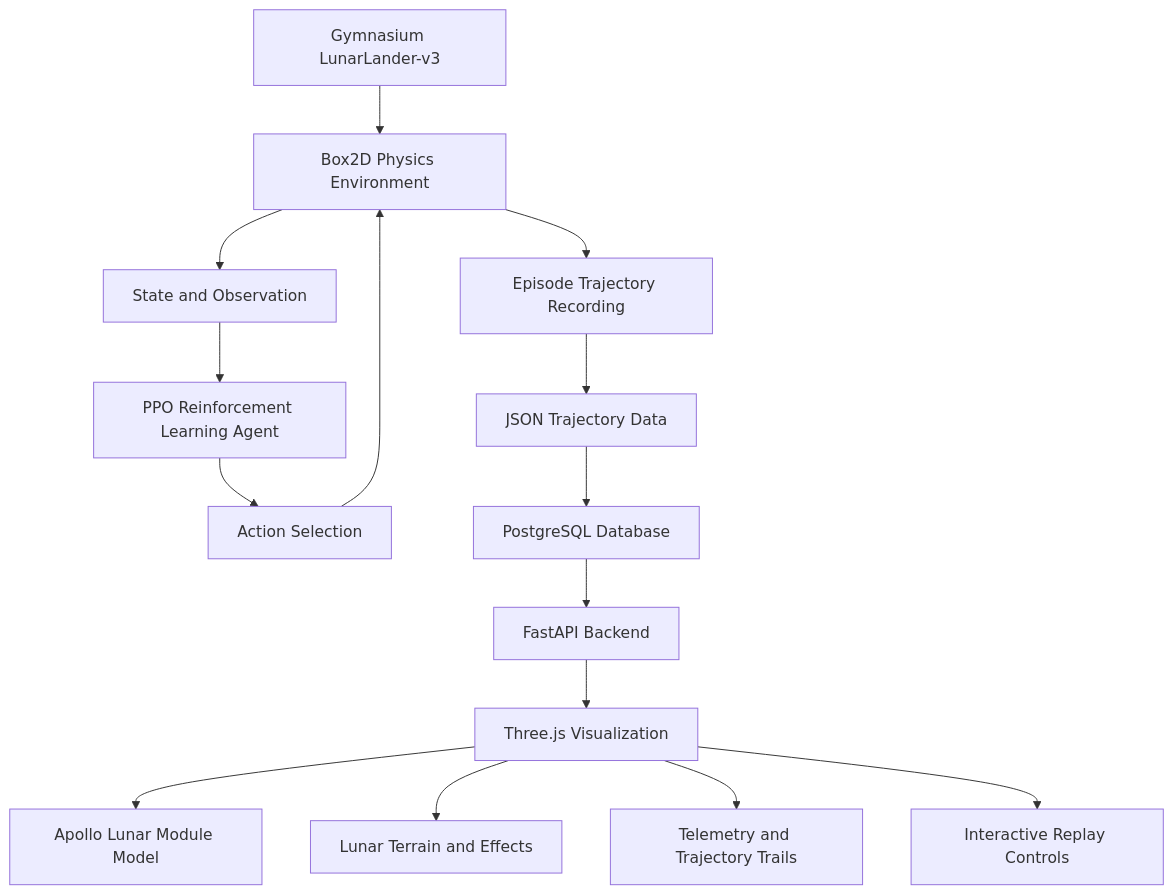
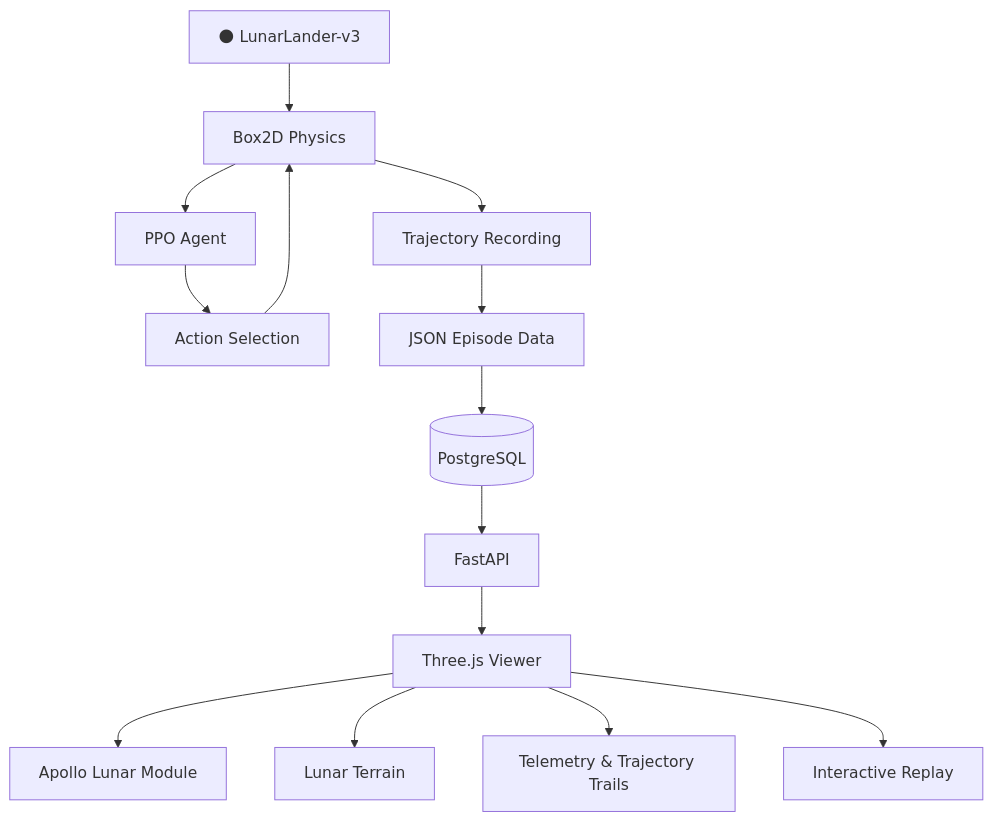
Before and after one commit to Jayz-yuors/REWO-LANDER: the first of 4 diagrams in README.md, drawn with Mermaid. The commit also changed other lines of this file, not shown here.

````diff
--- a/README.md
+++ b/README.md
@@ -140,19 +54,18 @@
 ```mermaid
 flowchart TD
-    A["Gymnasium LunarLander-v3"] --> B["Box2D Physics Environment"]
-    B --> C["State and Observation"]
-    C --> D["PPO Reinforcement Learning Agent"]
-    D --> E["Action Selection"]
-    E --> B
+    A["🌑 LunarLander-v3"] --> B["Box2D Physics"]
+    B --> C["PPO Agent"]
+    C --> D["Action Selection"]
+    D --> B
 
-    B --> F["Episode Trajectory Recording"]
-    F --> G["JSON Trajectory Data"]
-    G --> H["PostgreSQL Database"]
-    H --> I["FastAPI Backend"]
-    I --> J["Three.js Visualization"]
+    B --> E["Trajectory Recording"]
+    E --> F["JSON Episode Data"]
+    F --> G[("PostgreSQL")]
+    G --> H["FastAPI"]
+    H --> I["Three.js Viewer"]
 
-    J --> K["Apollo Lunar Module Model"]
-    J --> L["Lunar Terrain and Effects"]
-    J --> M["Telemetry and Trajectory Trails"]
-    J --> N["Interactive Replay Controls"]
+    I --> J["Apollo Lunar Module"]
+    I --> K["Lunar Terrain"]
+    I --> L["Telemetry & Trajectory Trails"]
+    I --> M["Interactive Replay"]
 ```
````
